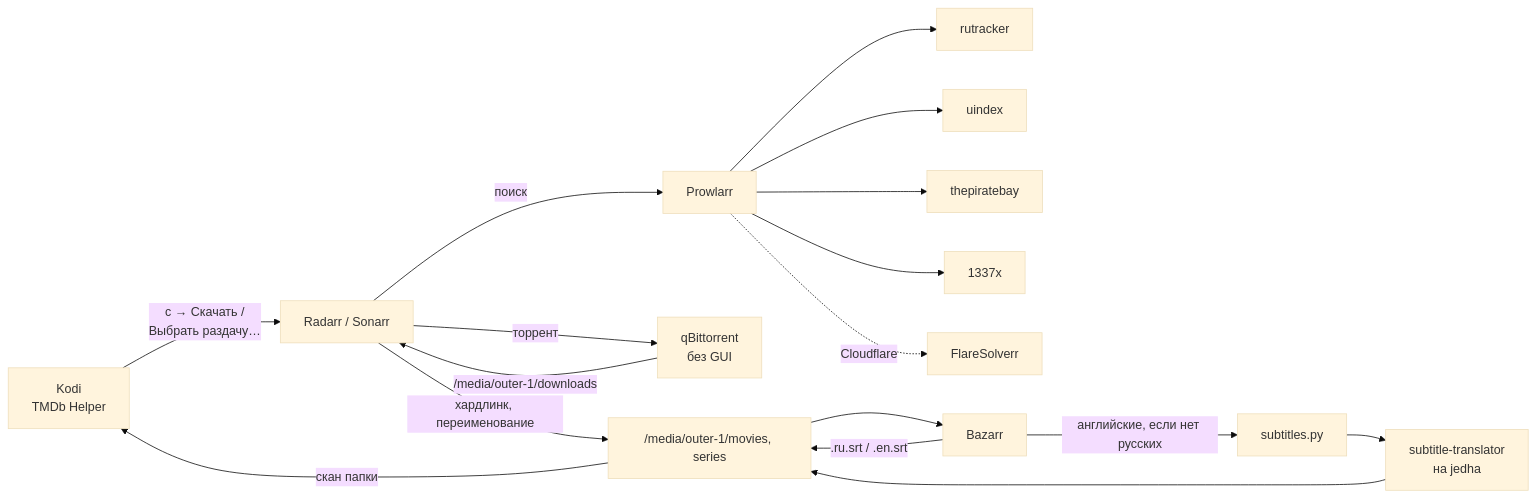
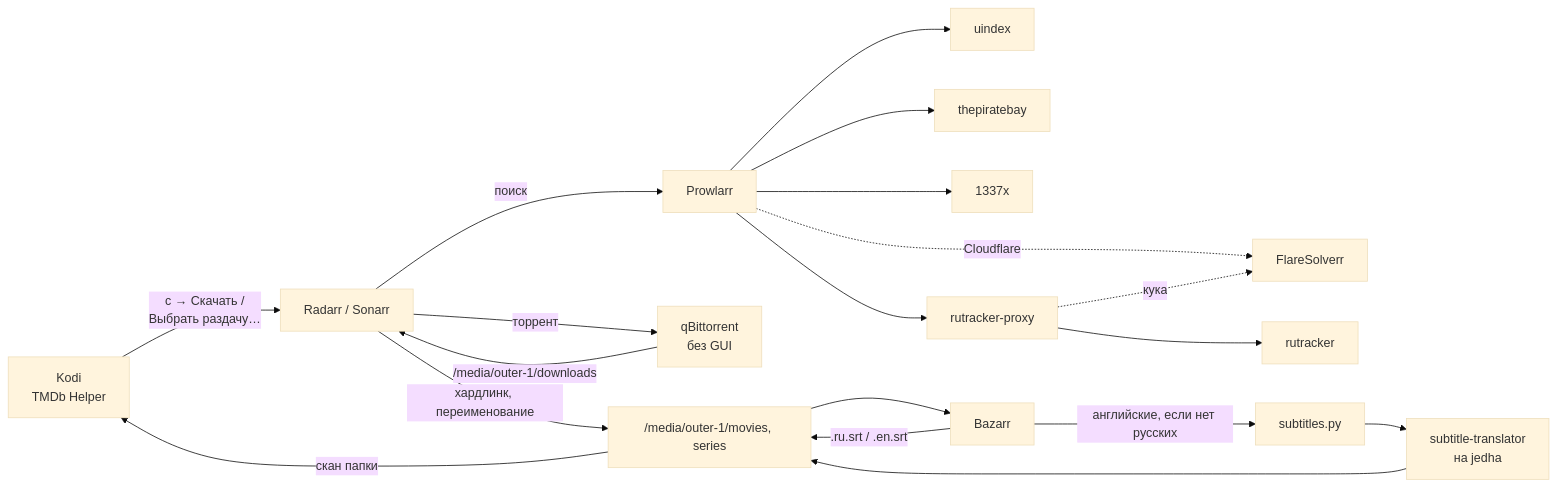
The diagram in nixos/services/arr/movie pipe.md (Luvrok/dotfiles), drawn with Mermaid (base theme) before and after one commit. The commit also changed other lines of this file and 5 other files, not shown here.

First line of the commit message:
feat(arr): rutracker through rutracker-cf-proxy

````diff
--- a/nixos/services/arr/movie pipe.md
+++ b/nixos/services/arr/movie pipe.md
@@ -9,14 +9,16 @@
 ```mermaid
 flowchart LR
   K[Kodi<br>TMDb Helper] -- "c → Скачать /<br>Выбрать раздачу…" --> R[Radarr / Sonarr]
   R -- поиск --> P[Prowlarr]
-  P --> T1[rutracker] & T2[uindex] & T3[thepiratebay] & T4[1337x]
+  P --> T2[uindex] & T3[thepiratebay] & T4[1337x]
   P -. Cloudflare .-> F[FlareSolverr]
+  P --> RP[rutracker-proxy] --> T1[rutracker]
+  RP -. кука .-> F
   R -- торрент --> Q[qBittorrent<br>без GUI]
   Q -- "/media/outer-1/downloads" --> R
   R -- "хардлинк, переименование" --> L["/media/outer-1/movies, series"]
   L --> B[Bazarr]
   B -- ".ru.srt / .en.srt" --> L
   B -- "английские, если нет русских" --> S[subtitles.py] --> J[subtitle-translator<br>на jedha] --> L
   L -- "скан папки" --> K
 ```
````
